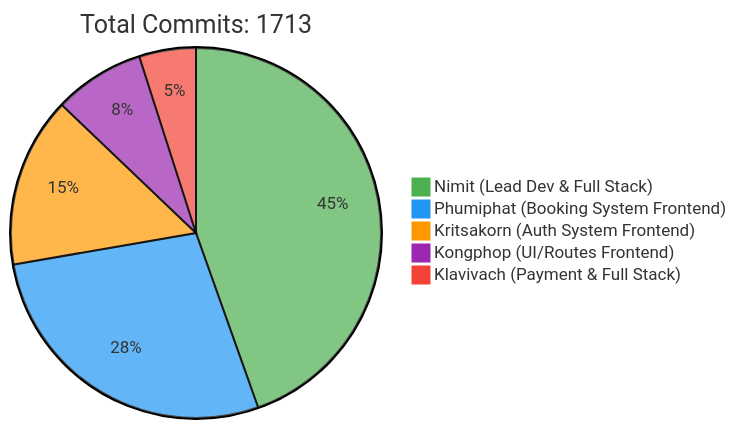
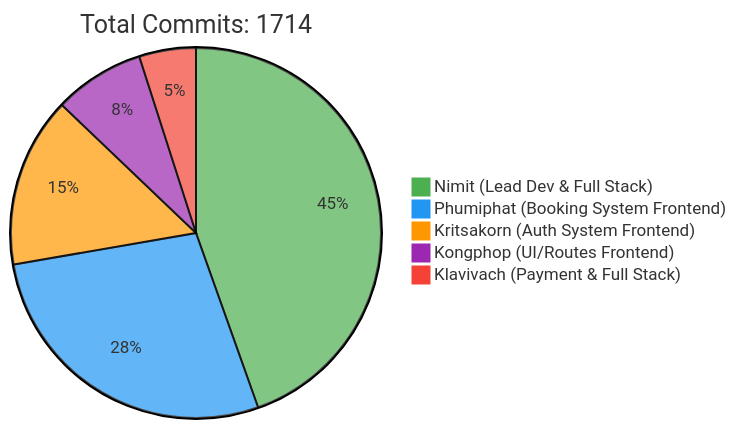
The first of 2 diagrams in README.md (6531503042/Sport-Complex), drawn with Mermaid before and after one commit. The commit also changed other lines of this file, not shown here.

Commit message:
docs: Update contributor statistics [skip ci]

````diff
--- a/README.md
+++ b/README.md
@@ -257,10 +257,10 @@
 ```mermaid
 %%{init: {'theme': 'base', 'themeVariables': { 'pie1': '#4CAF50', 'pie2': '#2196F3', 'pie3': '#FF9800', 'pie4': '#9C27B0', 'pie5': '#F44336'}}}%%
 pie
-    title Total Commits: 1713
+    title Total Commits: 1714
     "Nimit (Lead Dev & Full Stack)" : 450
     "Phumiphat (Booking System Frontend)" : 280
     "Kritsakorn (Auth System Frontend)" : 150
     "Kongphop (UI/Routes Frontend)" : 80
     "Klavivach (Payment & Full Stack)" : 50
 ```
````
